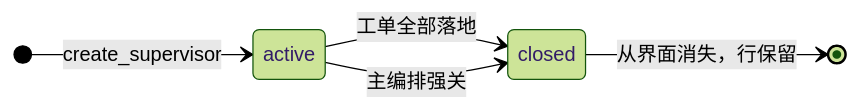
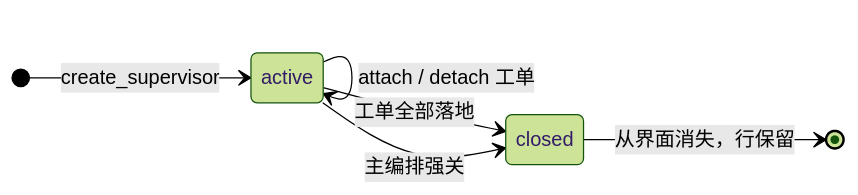
Before and after one commit to hairyf/dsh-nexus: diagram 13 of 18 in docs/flow.md, drawn with Mermaid (forest theme). The commit also changed other lines of this file and 7 other files, not shown here.

````diff
--- a/docs/flow.md
+++ b/docs/flow.md
@@ -404,8 +431,9 @@
 ```mermaid
 stateDiagram-v2
     direction LR
     [*] --> active : create_supervisor
+    active --> active : attach / detach 工单
     active --> closed : 工单全部落地
     active --> closed : 主编排强关
     closed --> [*] : 从界面消失，行保留
 ```
````
